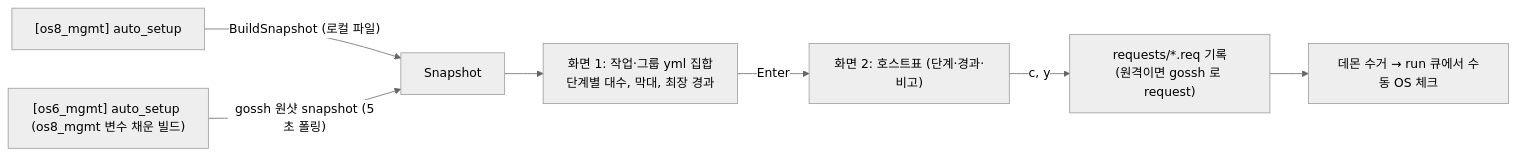
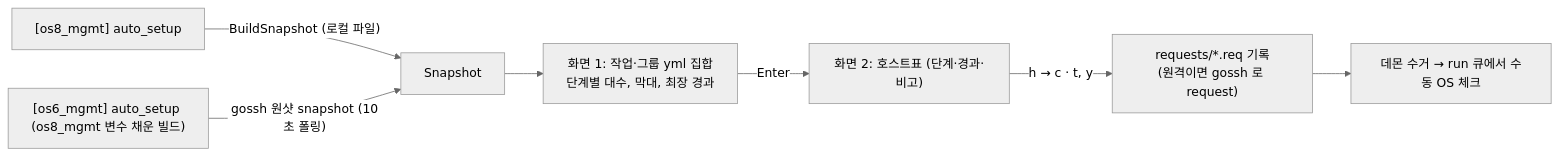
One commit to qazx2675/myrepo changed the second of 7 diagrams in .claude/HPC/auto_setup/WORKFLOW.md. Above: the diagram before and after it, drawn with Mermaid (neutral theme). The commit also changed other lines of this file and 167 other files, not shown here.

First line of the commit message:
feat(HPC/auto_setup,awx_script): v0.8.0 신규 설치 양식·DNS 점검·gossh 작업 기록·항목별 메뉴, 준비확인 시간 제한·csh 대응

````diff
--- a/.claude/HPC/auto_setup/WORKFLOW.md
+++ b/.claude/HPC/auto_setup/WORKFLOW.md
@@ -48,9 +50,9 @@
 ```mermaid
 flowchart LR
     T8["[os8_mgmt] auto_setup"] -->|"BuildSnapshot (로컬 파일)"| S["Snapshot"]
-    T6["[os6_mgmt] auto_setup (os8_mgmt 변수 채운 빌드)"] -->|"gossh 원샷 snapshot (5초 폴링)"| S
+    T6["[os6_mgmt] auto_setup (os8_mgmt 변수 채운 빌드)"] -->|"gossh 원샷 snapshot (10초 폴링)"| S
     S --> V1["화면 1: 작업·그룹 yml 집합<br/>단계별 대수, 막대, 최장 경과"]
     V1 -->|Enter| V2["화면 2: 호스트표 (단계·경과·비고)"]
-    V2 -->|"c, y"| RQ["requests/*.req 기록<br/>(원격이면 gossh 로 request)"]
+    V2 -->|"h → c · t, y"| RQ["requests/*.req 기록<br/>(원격이면 gossh 로 request)"]
     RQ --> D["데몬 수거 → run 큐에서 수동 OS 체크"]
 ```
````
